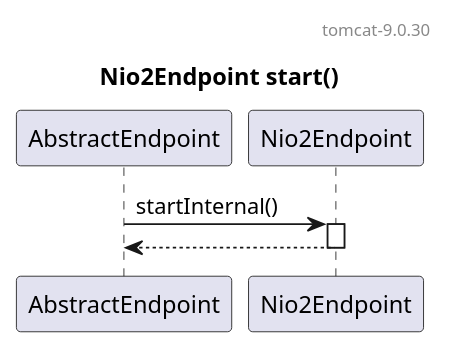
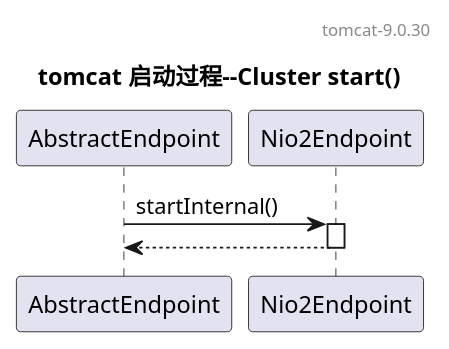
One commit to zhhongCai/tomcat changed the diagram in Cluster_start.puml. Above: the diagram before and after it, drawn with PlantUML. The commit also changed 13 other files, not shown here.

Commit message:
流程图

```diff
--- a/Cluster_start.puml
+++ b/Cluster_start.puml
@@ -1,11 +1,11 @@
 @startuml
 
 header tomcat-9.0.30
 
-title Nio2Endpoint start()
+title tomcat 启动过程--Cluster start()
 
 AbstractEndpoint -> Nio2Endpoint++: startInternal()
 
 AbstractEndpoint <-- Nio2Endpoint--
 
 @enduml
```
